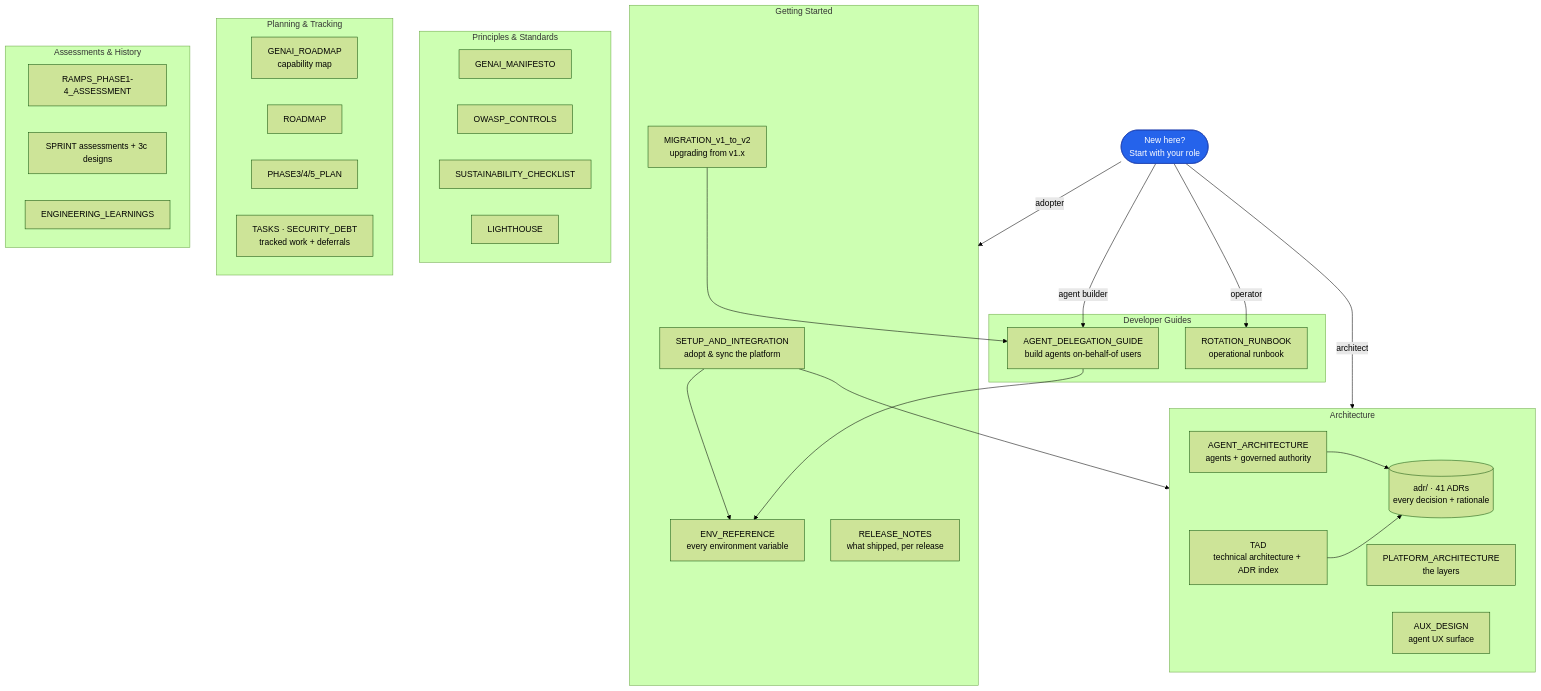
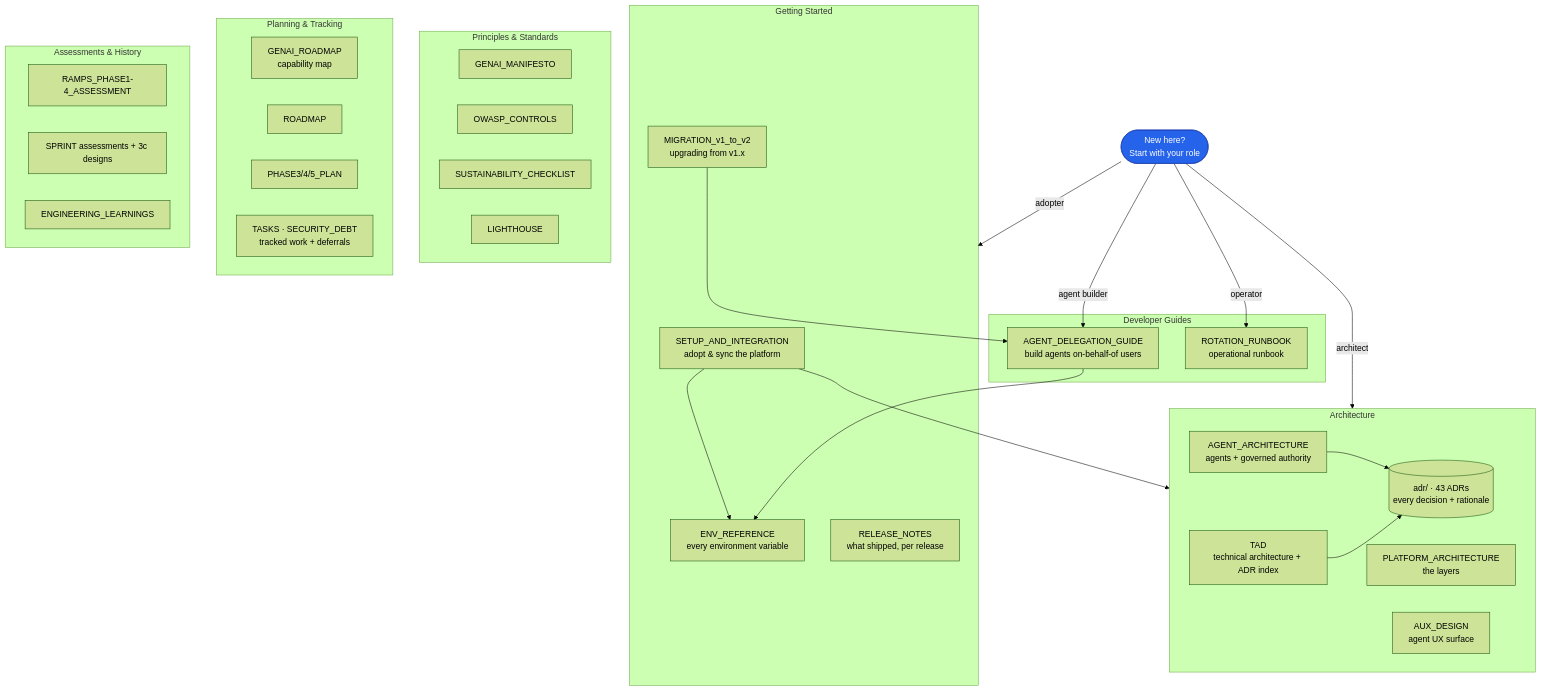
The diagram in docs/README.md (Datankare/platform-foundation), drawn with Mermaid (forest theme) before and after one commit. The commit also changed 5 other files, not shown here.

````diff
--- a/docs/README.md
+++ b/docs/README.md
@@ -23,59 +23,59 @@
 ```mermaid
 graph TD
     START([New here?<br/>Start with your role])
 
     subgraph GS["Getting Started"]
         SETUP[SETUP_AND_INTEGRATION<br/>adopt & sync the platform]
         ENV[ENV_REFERENCE<br/>every environment variable]
         MIG[MIGRATION_v1_to_v2<br/>upgrading from v1.x]
         REL[RELEASE_NOTES<br/>what shipped, per release]
     end
 
     subgraph ARCH["Architecture"]
         TAD[TAD<br/>technical architecture + ADR index]
         PLAT[PLATFORM_ARCHITECTURE<br/>the layers]
         AGENT[AGENT_ARCHITECTURE<br/>agents + governed authority]
         AUX[AUX_DESIGN<br/>agent UX surface]
-        ADR[(adr/ · 41 ADRs<br/>every decision + rationale)]
+        ADR[(adr/ · 43 ADRs<br/>every decision + rationale)]
     end
 
     subgraph GUIDES["Developer Guides"]
         DELEG[AGENT_DELEGATION_GUIDE<br/>build agents on-behalf-of users]
         ROT[ROTATION_RUNBOOK<br/>operational runbook]
     end
 
     subgraph PRINCIPLES["Principles & Standards"]
         MAN[GENAI_MANIFESTO]
         OWASP[OWASP_CONTROLS]
         SUS[SUSTAINABILITY_CHECKLIST]
         LIGHT[LIGHTHOUSE]
     end
 
     subgraph PLANNING["Planning & Tracking"]
         ROAD[GENAI_ROADMAP<br/>capability map]
         ROADMAP[ROADMAP]
         PHASE[PHASE3/4/5_PLAN]
         TASKS[TASKS · SECURITY_DEBT<br/>tracked work + deferrals]
     end
 
     subgraph HISTORY["Assessments & History"]
         RAMPS[RAMPS_PHASE1-4_ASSESSMENT]
         SPRINT[SPRINT assessments + 3c designs]
         LEARN[ENGINEERING_LEARNINGS]
     end
 
     START -->|adopter| GS
     START -->|architect| ARCH
     START -->|agent builder| DELEG
     START -->|operator| ROT
 
     SETUP --> ENV
     SETUP --> ARCH
     DELEG --> ENV
     AGENT --> ADR
     TAD --> ADR
     MIG --> DELEG
 
     classDef start fill:#2563eb,stroke:#1e40af,color:#fff
     class START start
 ```
````
